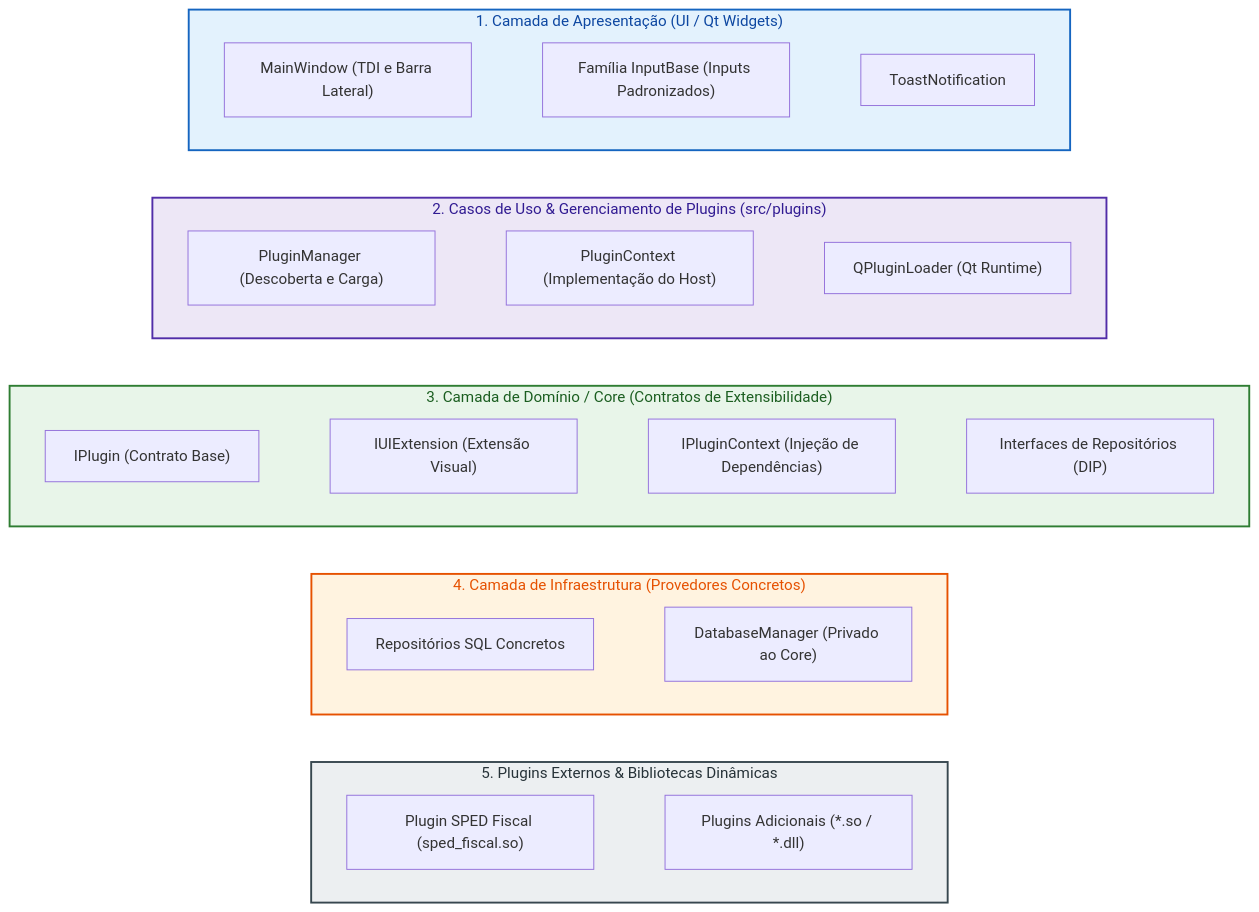
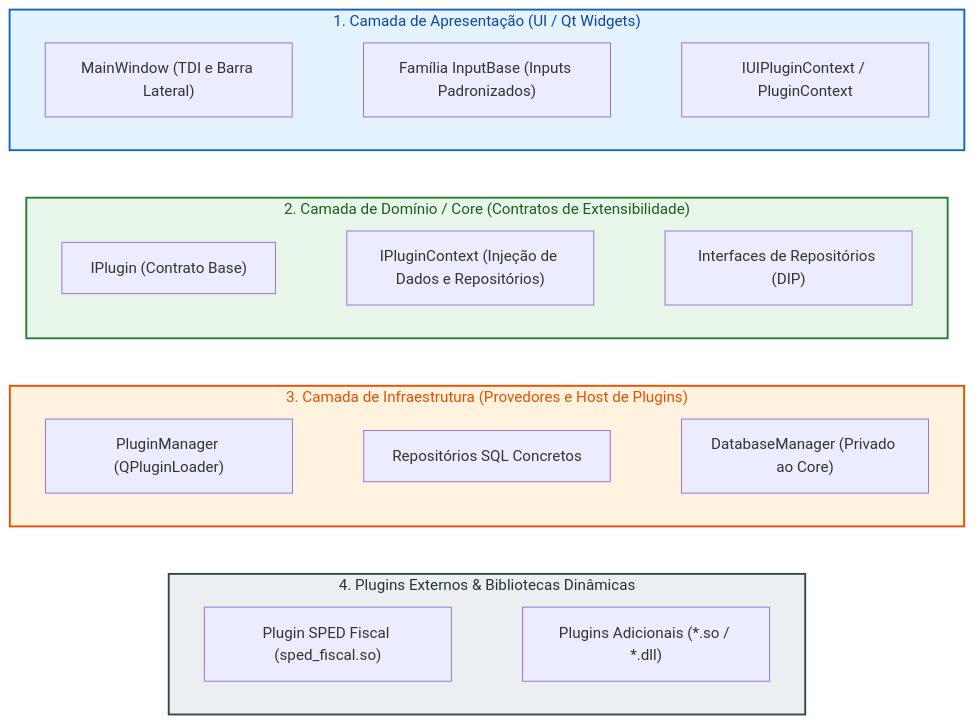
Diagram 23 of 30 in docs/ARQUITETURA_E_DIAGRAMAS.md (castorsoft/callisto), drawn with Mermaid before and after one commit. The commit also changed other lines of this file and 17 other files, not shown here.

Commit message:
refactor: Movido plugins para camada de infraestrutura

````diff
--- a/docs/ARQUITETURA_E_DIAGRAMAS.md
+++ b/docs/ARQUITETURA_E_DIAGRAMAS.md
@@ -1600,41 +1600,34 @@
 ```mermaid
 flowchart TD
     %% Subgraphs horizontais
     subgraph L1 ["1. Camada de Apresentação (UI / Qt Widgets)"]
         direction LR
-        MainWindow["MainWindow (TDI e Barra Lateral)"] ~~~ InputBaseFam["Família InputBase (Inputs Padronizados)"] ~~~ ToastNotif["ToastNotification"]
+        MainWindow["MainWindow (TDI e Barra Lateral)"] ~~~ InputBaseFam["Família InputBase (Inputs Padronizados)"] ~~~ IUIPluginCtx["IUIPluginContext / PluginContext"]
     end
 
-    subgraph L2 ["2. Casos de Uso & Gerenciamento de Plugins (src/plugins)"]
+    subgraph L2 ["2. Camada de Domínio / Core (Contratos de Extensibilidade)"]
         direction LR
-        PluginMgr["PluginManager (Descoberta e Carga)"] ~~~ PluginCtx["PluginContext (Implementação do Host)"] ~~~ QPluginLdr["QPluginLoader (Qt Runtime)"]
+        IPluginIntf["IPlugin (Contrato Base)"] ~~~ IPluginCtxIntf["IPluginContext (Injeção de Dados e Repositórios)"] ~~~ IReposCore["Interfaces de Repositórios (DIP)"]
     end
 
-    subgraph L3 ["3. Camada de Domínio / Core (Contratos de Extensibilidade)"]
+    subgraph L3 ["3. Camada de Infraestrutura (Provedores e Host de Plugins)"]
         direction LR
-        IPluginIntf["IPlugin (Contrato Base)"] ~~~ IUIExtIntf["IUIExtension (Extensão Visual)"] ~~~ IPluginCtxIntf["IPluginContext (Injeção de Dependências)"] ~~~ IReposCore["Interfaces de Repositórios (DIP)"]
+        PluginMgr["PluginManager (QPluginLoader)"] ~~~ ReposConcretos["Repositórios SQL Concretos"] ~~~ DBManager["DatabaseManager (Privado ao Core)"]
     end
 
-    subgraph L4 ["4. Camada de Infraestrutura (Provedores Concretos)"]
-        direction LR
-        ReposConcretos["Repositórios SQL Concretos"] ~~~ DBManager["DatabaseManager (Privado ao Core)"]
-    end
-
-    subgraph L5 ["5. Plugins Externos & Bibliotecas Dinâmicas"]
+    subgraph L4 ["4. Plugins Externos & Bibliotecas Dinâmicas"]
         direction LR
         SpedPluginSo["Plugin SPED Fiscal (sped_fiscal.so)"] ~~~ TestPluginSo["Plugins Adicionais (*.so / *.dll)"]
     end
 
     %% Ancoragem vertical estrita
-    MainWindow ~~~ PluginMgr
-    PluginMgr ~~~ IPluginIntf
-    IPluginIntf ~~~ ReposConcretos
-    ReposConcretos ~~~ SpedPluginSo
+    MainWindow ~~~ IPluginIntf
+    IPluginIntf ~~~ PluginMgr
+    PluginMgr ~~~ SpedPluginSo
 
     %% Estilos de alto contraste
     style L1 fill:#E3F2FD,stroke:#1565C0,stroke-width:2px,color:#0D47A1
-    style L2 fill:#EDE7F6,stroke:#512DA8,stroke-width:2px,color:#311B92
-    style L3 fill:#E8F5E9,stroke:#2E7D32,stroke-width:2px,color:#1B5E20
-    style L4 fill:#FFF3E0,stroke:#E65100,stroke-width:2px,color:#E65100
-    style L5 fill:#ECEFF1,stroke:#37474F,stroke-width:2px,color:#263238
+    style L2 fill:#E8F5E9,stroke:#2E7D32,stroke-width:2px,color:#1B5E20
+    style L3 fill:#FFF3E0,stroke:#E65100,stroke-width:2px,color:#E65100
+    style L4 fill:#ECEFF1,stroke:#37474F,stroke-width:2px,color:#263238
 ```
````
